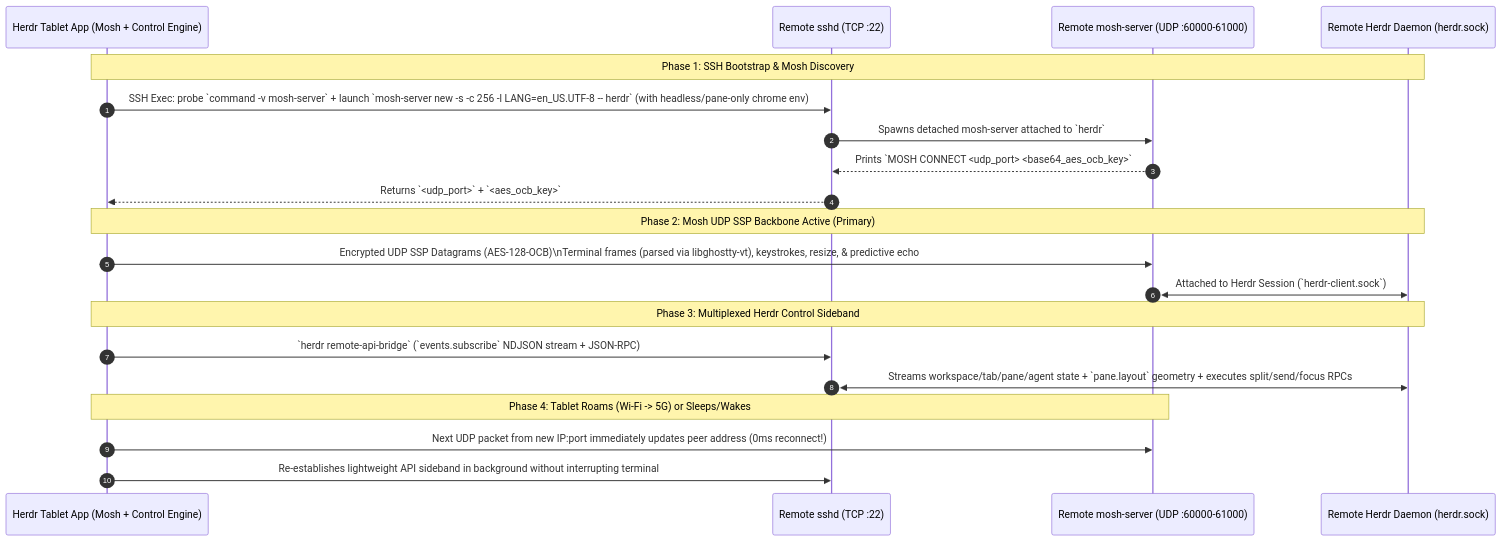
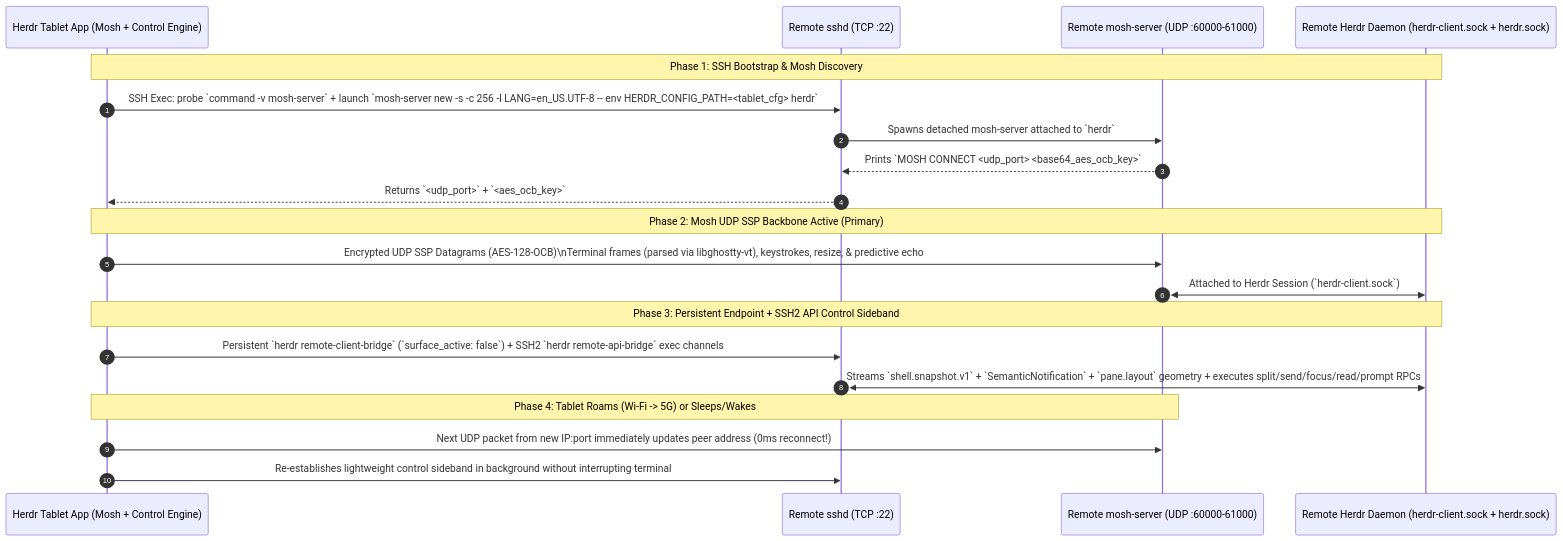
One commit to ToxicBakery/BisonHerdr changed the third of 5 diagrams in docs/plans/01-core-app-design.md. Above: the diagram before and after it, drawn with Mermaid. The commit also changed other lines of this file and 2 other files, not shown here.

Commit message:
docs: align core app design plan with unmodified herdr server and standalone rust workspace

````diff
--- a/docs/plans/01-core-app-design.md
+++ b/docs/plans/01-core-app-design.md
@@ -442,26 +442,26 @@
 ```mermaid
 sequenceDiagram
     autonumber
     participant Tablet as Herdr Tablet App (Mosh + Control Engine)
     participant SSH as Remote sshd (TCP :22)
     participant MoshSrv as Remote mosh-server (UDP :60000-61000)
-    participant HerdrSrv as Remote Herdr Daemon (herdr.sock)
+    participant HerdrSrv as Remote Herdr Daemon (herdr-client.sock + herdr.sock)
 
     Note over Tablet,HerdrSrv: Phase 1: SSH Bootstrap & Mosh Discovery
-    Tablet->>SSH: SSH Exec: probe `command -v mosh-server` + launch `mosh-server new -s -c 256 -l LANG=en_US.UTF-8 -- herdr` (with headless/pane-only chrome env)
+    Tablet->>SSH: SSH Exec: probe `command -v mosh-server` + launch `mosh-server new -s -c 256 -l LANG=en_US.UTF-8 -- env HERDR_CONFIG_PATH=<tablet_cfg> herdr`
     SSH->>MoshSrv: Spawns detached mosh-server attached to `herdr`
     MoshSrv-->>SSH: Prints `MOSH CONNECT <udp_port> <base64_aes_ocb_key>`
     SSH-->>Tablet: Returns `<udp_port>` + `<aes_ocb_key>`
 
     Note over Tablet,HerdrSrv: Phase 2: Mosh UDP SSP Backbone Active (Primary)
     Tablet->>MoshSrv: Encrypted UDP SSP Datagrams (AES-128-OCB)\nTerminal frames (parsed via libghostty-vt), keystrokes, resize, & predictive echo
     MoshSrv<<->>HerdrSrv: Attached to Herdr Session (`herdr-client.sock`)
 
-    Note over Tablet,HerdrSrv: Phase 3: Multiplexed Herdr Control Sideband
-    Tablet->>SSH: `herdr remote-api-bridge` (`events.subscribe` NDJSON stream + JSON-RPC)
-    SSH<<->>HerdrSrv: Streams workspace/tab/pane/agent state + `pane.layout` geometry + executes split/send/focus RPCs
+    Note over Tablet,HerdrSrv: Phase 3: Persistent Endpoint + SSH2 API Control Sideband
+    Tablet->>SSH: Persistent `herdr remote-client-bridge` (`surface_active: false`) + SSH2 `herdr remote-api-bridge` exec channels
+    SSH<<->>HerdrSrv: Streams `shell.snapshot.v1` + `SemanticNotification` + `pane.layout` geometry + executes split/send/focus/read/prompt RPCs
 
     Note over Tablet,MoshSrv: Phase 4: Tablet Roams (Wi-Fi -> 5G) or Sleeps/Wakes
     Tablet->>MoshSrv: Next UDP packet from new IP:port immediately updates peer address (0ms reconnect!)
-    Tablet->>SSH: Re-establishes lightweight API sideband in background without interrupting terminal
+    Tablet->>SSH: Re-establishes lightweight control sideband in background without interrupting terminal
 ```
````
